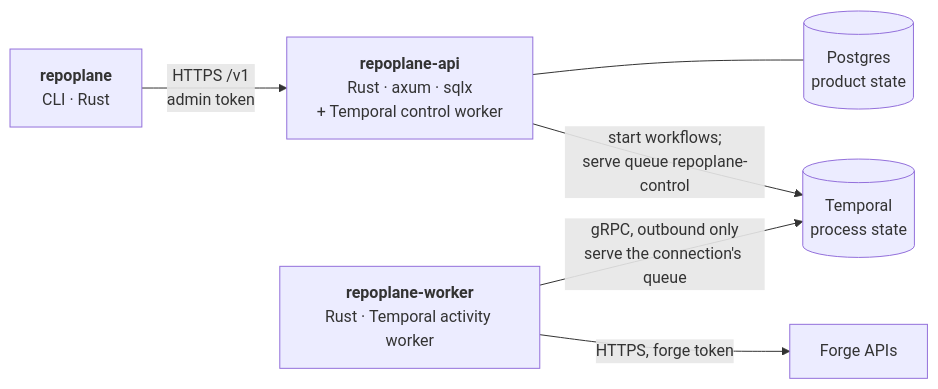
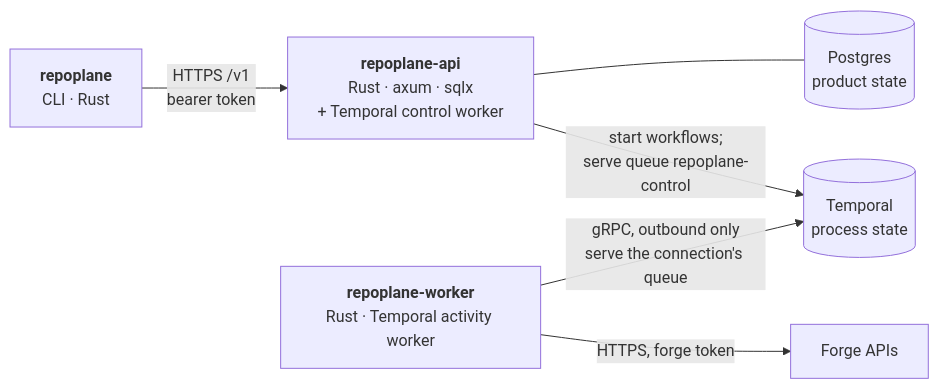
One commit to repoplane/repoplane changed the second of 2 diagrams in docs/architecture.md. Above: the diagram before and after it, drawn with Mermaid. The commit also changed other lines of this file and 7 other files, not shown here.

First line of the commit message:
Use one token, REPOPLANE_TOKEN, for the API and the CLI

````diff
--- a/docs/architecture.md
+++ b/docs/architecture.md
@@ -39,15 +39,15 @@
 ```mermaid
 flowchart LR
     cli["<b>repoplane</b><br/>CLI · Rust"]
     api["<b>repoplane-api</b><br/>Rust · axum · sqlx<br/>+ Temporal control worker"]
     pg[("Postgres<br/>product state")]
     temporal[("Temporal<br/>process state")]
     worker["<b>repoplane-worker</b><br/>Rust · Temporal activity worker"]
     forge["Forge APIs"]
 
-    cli -- "HTTPS /v1<br/>admin token" --> api
+    cli -- "HTTPS /v1<br/>bearer token" --> api
     api --- pg
     api -- "start workflows;<br/>serve queue repoplane-control" --> temporal
     worker -- "gRPC, outbound only<br/>serve the connection's queue" --> temporal
     worker -- "HTTPS, forge token" --> forge
 ```
````
